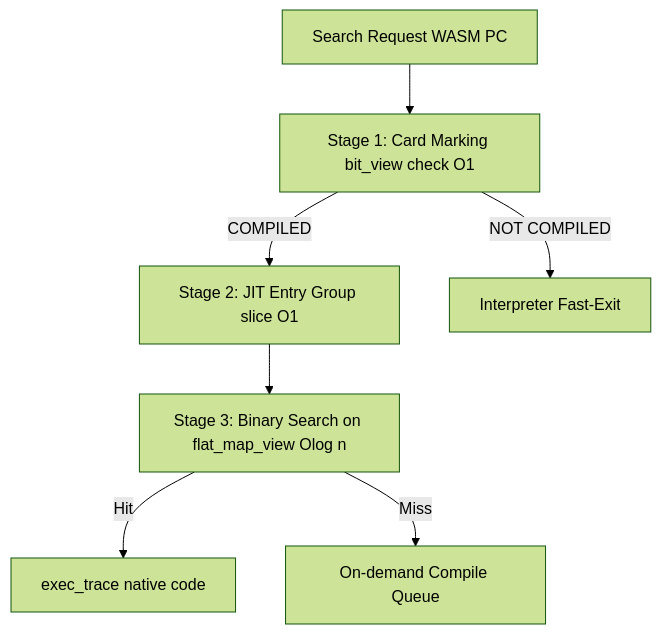
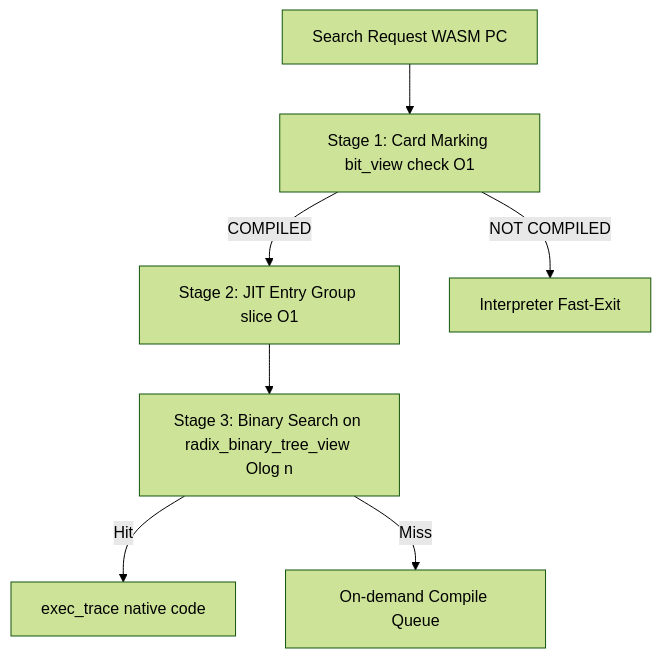
One commit to kmt-t/fireball changed the first of 2 diagrams in docs/components/tier3_jit/jit_runtime.md. Above: the diagram before and after it, drawn with Mermaid (forest theme). The commit also changed other lines of this file and 14 other files, not shown here.

````diff
--- a/docs/components/tier3_jit/jit_runtime.md
+++ b/docs/components/tier3_jit/jit_runtime.md
@@ -38,9 +38,9 @@
 ```mermaid
 graph TD
     Search[Search Request WASM PC] --> Stage1[Stage 1: Card Marking bit_view check O1]
     Stage1 -->|COMPILED| Stage2[Stage 2: JIT Entry Group slice O1]
     Stage1 -->|NOT COMPILED| Interp[Interpreter Fast-Exit]
-    Stage2 --> Stage3[Stage 3: Binary Search on flat_map_view Olog n]
+    Stage2 --> Stage3[Stage 3: Binary Search on radix_binary_tree_view Olog n]
     Stage3 -->|Hit| Exec[exec_trace native code]
     Stage3 -->|Miss| Queue[On-demand Compile Queue]
 ```
````
